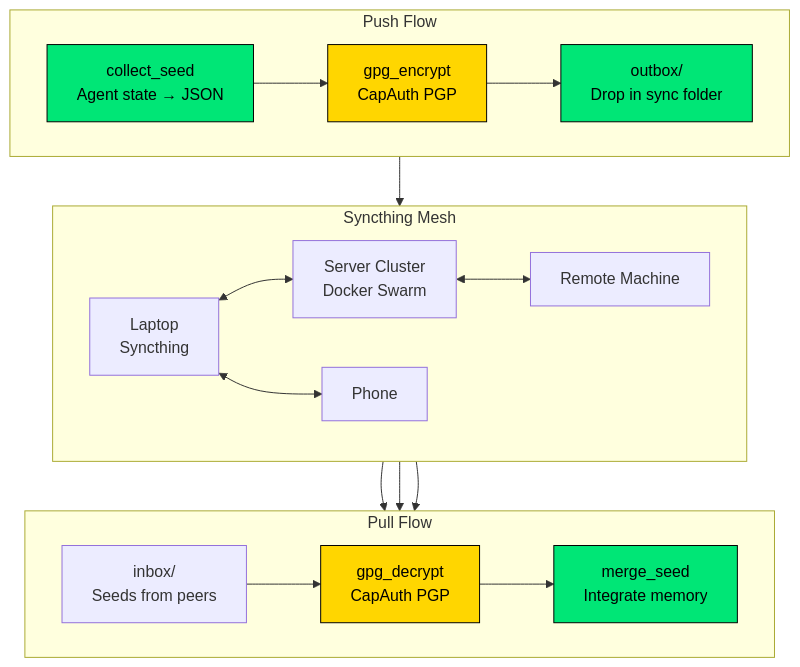
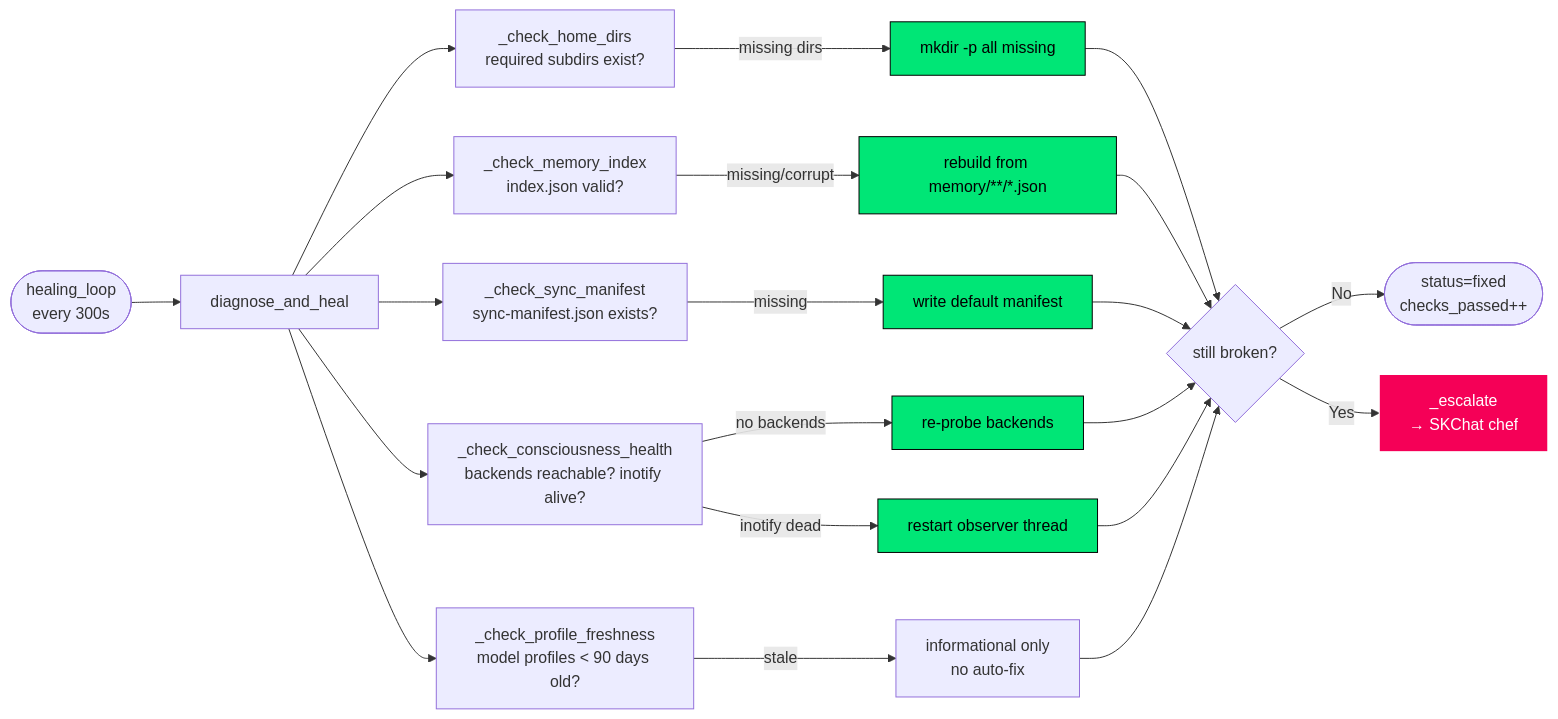
The fourth of 5 diagrams in docs/ARCHITECTURE.md (smilinTux/skcapstone), drawn with Mermaid before and after one commit. The commit also changed other lines of this file and 14 other files, not shown here.

Commit message:
feat: sprint 16 — security, perf cache, chat CLI, E2E scripts, architecture docs

````diff
--- a/docs/ARCHITECTURE.md
+++ b/docs/ARCHITECTURE.md
@@ -238,30 +367,34 @@
 ```mermaid
-graph TB
-    subgraph "Push Flow"
-        direction LR
-        CS[collect_seed<br/>Agent state → JSON] --> GE[gpg_encrypt<br/>CapAuth PGP] --> OB[outbox/<br/>Drop in sync folder]
-    end
+flowchart LR
+    TIMER([healing_loop\nevery 300s]) --> RUN[diagnose_and_heal]
 
-    subgraph "Syncthing Mesh"
-        direction LR
-        OB --> S1[Laptop<br/>Syncthing]
-        S1 <--> S2[Server Cluster<br/>Docker Swarm]
-        S1 <--> S3[Phone]
-        S2 <--> S4[Remote Machine]
-    end
+    RUN --> C1[_check_home_dirs\nrequired subdirs exist?]
+    RUN --> C2[_check_memory_index\nindex.json valid?]
+    RUN --> C3[_check_sync_manifest\nsync-manifest.json exists?]
+    RUN --> C4[_check_consciousness_health\nbackends reachable? inotify alive?]
+    RUN --> C5[_check_profile_freshness\nmodel profiles < 90 days old?]
 
-    subgraph "Pull Flow"
-        direction LR
-        IB[inbox/<br/>Seeds from peers] --> GD[gpg_decrypt<br/>CapAuth PGP] --> MG[merge_seed<br/>Integrate memory]
-    end
+    C1 -->|missing dirs| FIX1[mkdir -p all missing]
+    C2 -->|missing/corrupt| FIX2[rebuild from memory/**/*.json]
+    C3 -->|missing| FIX3[write default manifest]
+    C4 -->|no backends| FIX4[re-probe backends]
+    C4 -->|inotify dead| FIX5[restart observer thread]
+    C5 -->|stale| NOTE5[informational only\nno auto-fix]
 
-    S2 --> IB
-    S3 --> IB
-    S4 --> IB
+    FIX1 --> STATUS{still broken?}
+    FIX2 --> STATUS
+    FIX3 --> STATUS
+    FIX4 --> STATUS
+    FIX5 --> STATUS
+    NOTE5 --> STATUS
 
-    style CS fill:#00e676,stroke:#000,color:#000
-    style GE fill:#ffd600,stroke:#000,color:#000
-    style OB fill:#00e676,stroke:#000,color:#000
-    style GD fill:#ffd600,stroke:#000,color:#000
-    style MG fill:#00e676,stroke:#000,color:#000
+    STATUS -->|No| OK([status=fixed\nchecks_passed++])
+    STATUS -->|Yes| ESC[_escalate\n→ SKChat chef]
+
+    style FIX1 fill:#00e676,stroke:#000,color:#000
+    style FIX2 fill:#00e676,stroke:#000,color:#000
+    style FIX3 fill:#00e676,stroke:#000,color:#000
+    style FIX4 fill:#00e676,stroke:#000,color:#000
+    style FIX5 fill:#00e676,stroke:#000,color:#000
+    style ESC fill:#f50057,stroke:#fff,color:#fff
 ```
````
